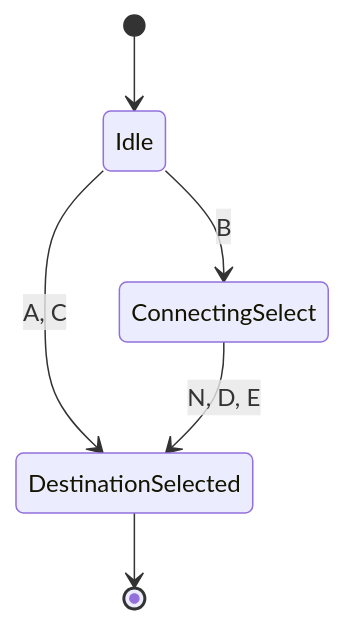
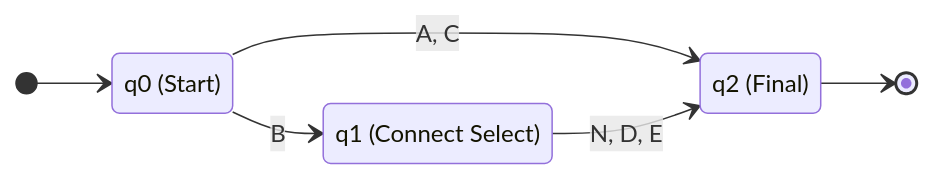
The first of 3 diagrams in README.md (ziaur390/finite_state_machine), drawn with Mermaid before and after one commit. The commit also changed other lines of this file, not shown here.

````diff
--- a/README.md
+++ b/README.md
@@ -11,11 +20,13 @@
 ```mermaid
 stateDiagram-v2
-    [*] --> Idle
-    
-    Idle --> DestinationSelected : A, C
-    Idle --> ConnectingSelect : B
-    
-    ConnectingSelect --> DestinationSelected : N, D, E
-    
-    DestinationSelected --> [*]
+    direction LR
+    q0 : q0 (Start)
+    q1 : q1 (Connect Select)
+    q2 : q2 (Final)
+
+    [*] --> q0
+    q0 --> q2 : A, C
+    q0 --> q1 : B
+    q1 --> q2 : N, D, E
+    q2 --> [*]
 ```
````
